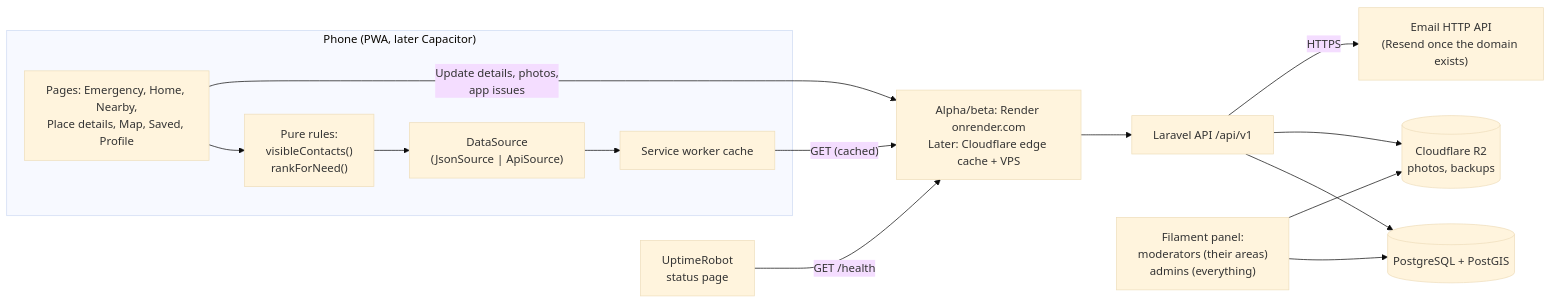
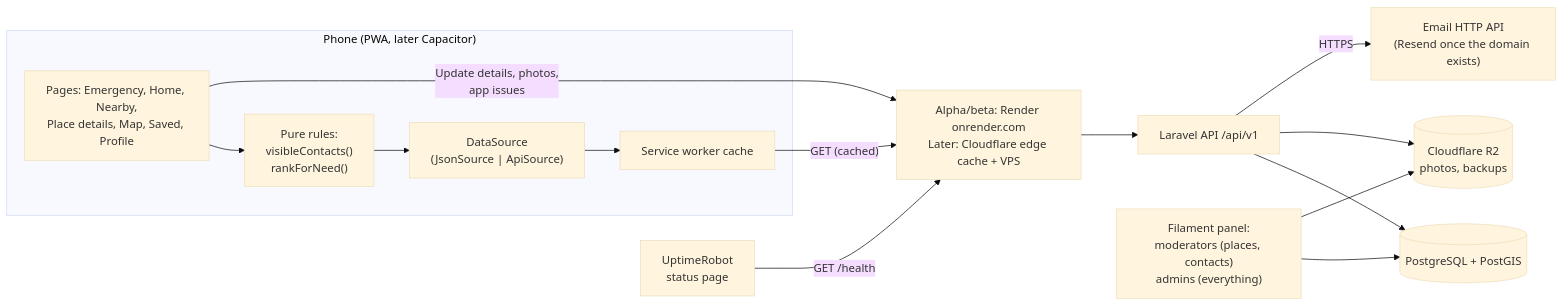
One commit to gitpushfrances/bulig changed the first of 2 diagrams in docs/ARCHITECTURE.md. Above: the diagram before and after it, drawn with Mermaid (base theme). The commit also changed other lines of this file and 6 other files, not shown here.

````diff
--- a/docs/ARCHITECTURE.md
+++ b/docs/ARCHITECTURE.md
@@ -52,19 +52,19 @@
 ```mermaid
 flowchart LR
   subgraph Phone["Phone (PWA, later Capacitor)"]
     UI["Pages: Emergency, Home, Nearby,\nPlace details, Map, Saved, Profile"]
     Rules["Pure rules:\nvisibleContacts()\nrankForNeed()"]
     DS["DataSource\n(JsonSource | ApiSource)"]
     SW["Service worker cache"]
     UI --> Rules --> DS --> SW
   end
   SW -- "GET (cached)" --> CF["Alpha/beta: Render onrender.com\nLater: Cloudflare edge cache + VPS"]
   UI -- "Update details, photos,\napp issues" --> CF
   CF --> API["Laravel API /api/v1"]
   API --> DB[("PostgreSQL + PostGIS")]
   API --> R2[("Cloudflare R2\nphotos, backups")]
   API -- "HTTPS" --> Mail["Email HTTP API\n(Resend once the domain exists)"]
-  Panel["Filament panel:\nmoderators (their areas)\nadmins (everything)"] --> DB
+  Panel["Filament panel:\nmoderators (places, contacts)\nadmins (everything)"] --> DB
   Panel --> R2
   Up["UptimeRobot\nstatus page"] -- "GET /health" --> CF
 ```
````
